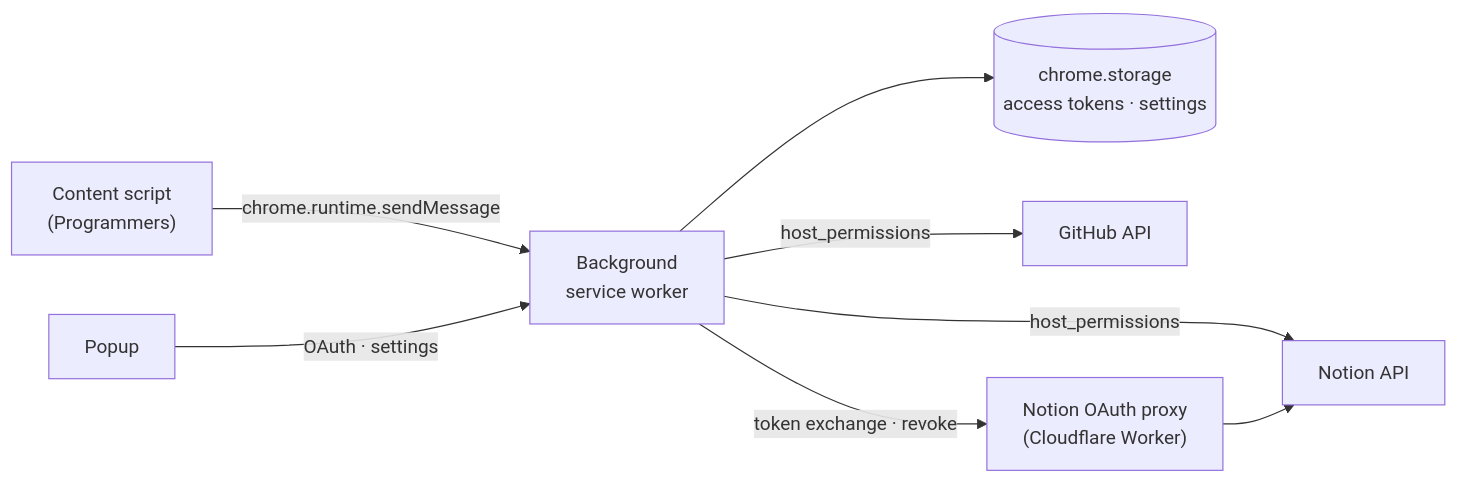
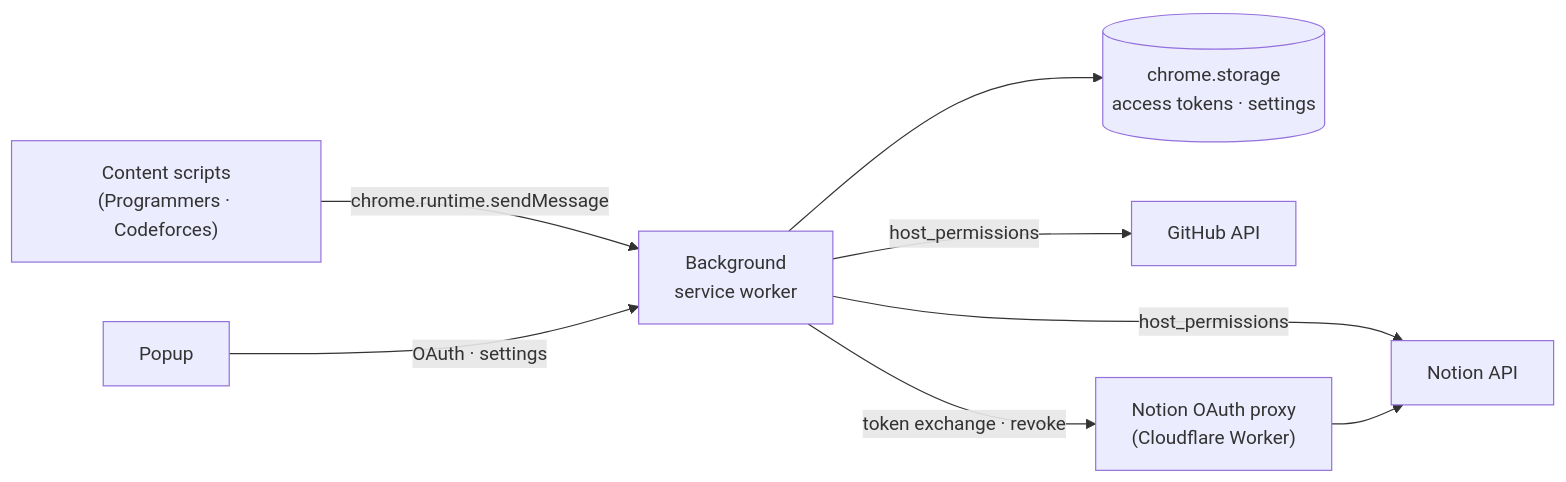
Before and after one commit to Seojeonguk/sourceCodeUploader: the diagram in README.md, drawn with Mermaid. The commit also changed other lines of this file and 4 other files, not shown here.

````diff
--- a/README.md
+++ b/README.md
@@ -50,10 +50,10 @@
 ```mermaid
 flowchart LR
-    CS["Content script<br/>(Programmers)"] -->|chrome.runtime.sendMessage| BG["Background<br/>service worker"]
+    CS["Content scripts<br/>(Programmers · Codeforces)"] -->|chrome.runtime.sendMessage| BG["Background<br/>service worker"]
     POP["Popup"] -->|OAuth · settings| BG
     BG --> ST[("chrome.storage<br/>access tokens · settings")]
     BG -->|host_permissions| GH["GitHub API"]
     BG -->|host_permissions| NO["Notion API"]
     BG -->|token exchange · revoke| PX["Notion OAuth proxy<br/>(Cloudflare Worker)"]
     PX --> NO
 ```
````
